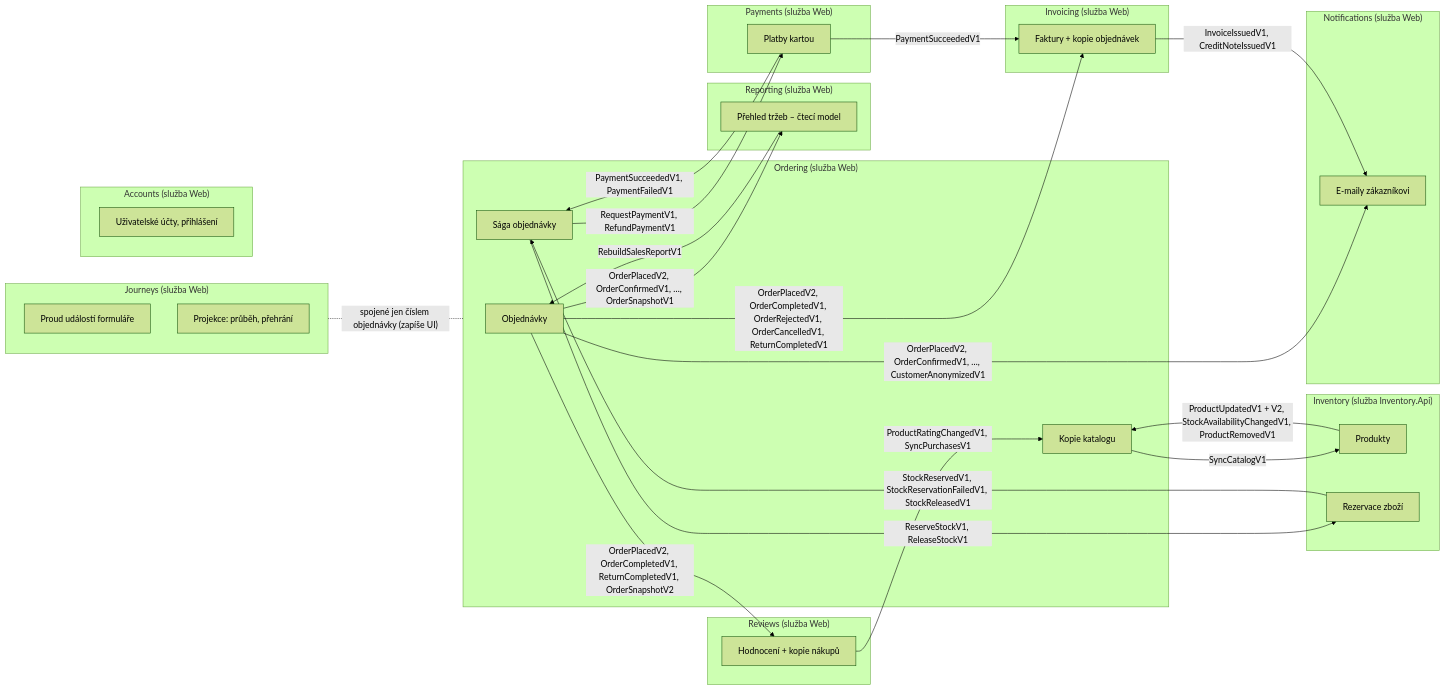
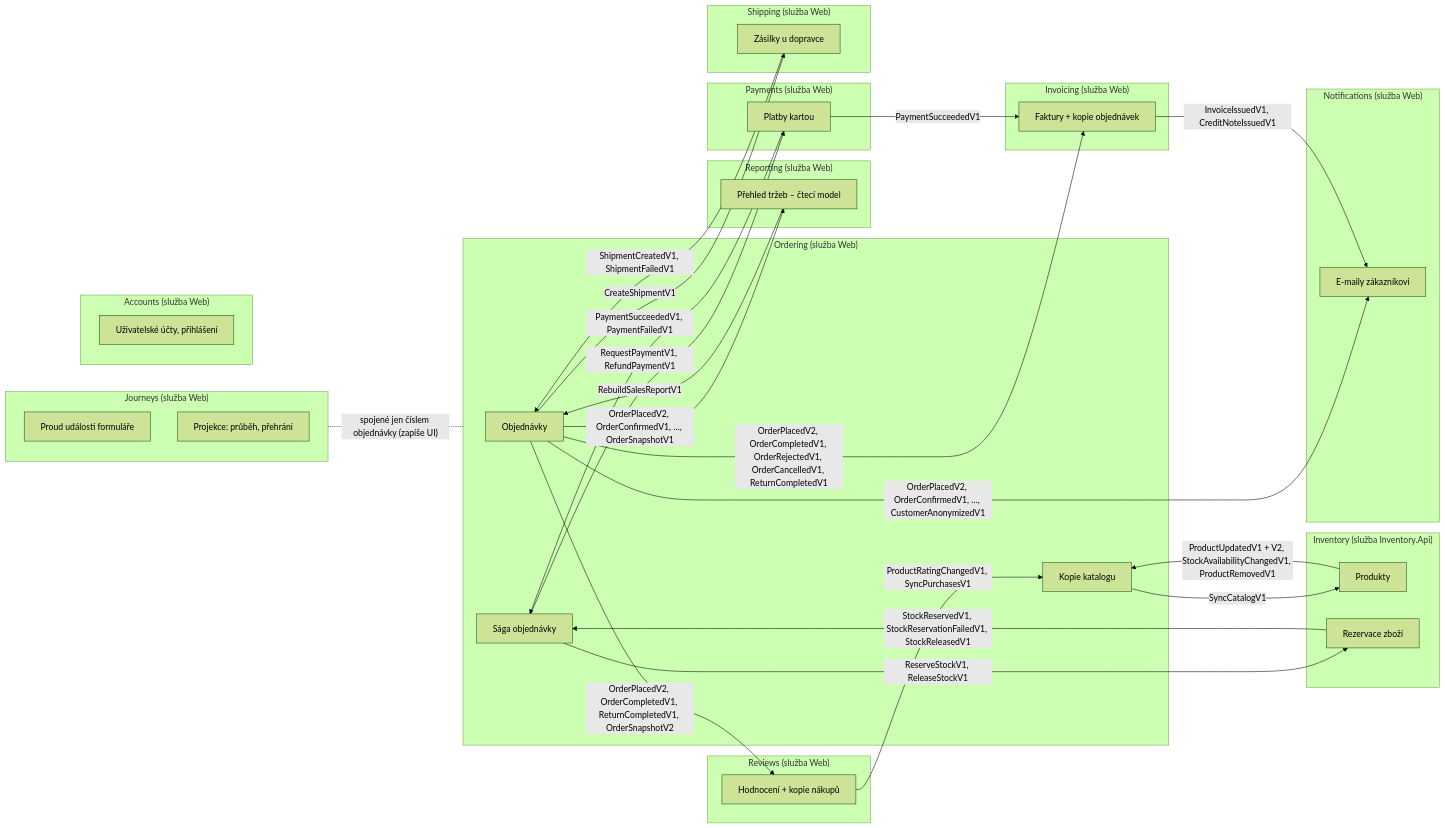
The diagram in docs/prirucka/architektura/moduly/index.md (ftichy/MiniShop), drawn with Mermaid (forest theme) before and after one commit. The commit also changed other lines of this file and 72 other files, not shown here.

````diff
--- a/docs/prirucka/architektura/moduly/index.md
+++ b/docs/prirucka/architektura/moduly/index.md
@@ -12,65 +12,71 @@
 ```mermaid
 flowchart LR
     subgraph ord["Ordering (služba Web)"]
         o1[Objednávky]
         o2[Sága objednávky]
         o3[Kopie katalogu]
     end
     subgraph inv["Inventory (služba Inventory.Api)"]
         i1[Produkty]
         i2[Rezervace zboží]
     end
     subgraph jou["Journeys (služba Web)"]
         j1[Proud událostí formuláře]
         j2[Projekce: průběh, přehrání]
     end
 
     o2 -->|"ReserveStockV1, ReleaseStockV1"| i2
     i2 -->|"StockReservedV1, StockReservationFailedV1, StockReleasedV1"| o2
     i1 -->|"ProductUpdatedV1 + V2, StockAvailabilityChangedV1, ProductRemovedV1"| o3
     o3 -->|SyncCatalogV1| i1
     subgraph acc["Accounts (služba Web)"]
         a1[Uživatelské účty, přihlášení]
     end
     subgraph ntf["Notifications (služba Web)"]
         n1[E-maily zákazníkovi]
     end
     subgraph pay["Payments (služba Web)"]
         p1[Platby kartou]
     end
     o2 -->|"RequestPaymentV1, RefundPaymentV1"| p1
     p1 -->|"PaymentSucceededV1, PaymentFailedV1"| o2
     o1 -->|"OrderPlacedV2, OrderConfirmedV1, …, CustomerAnonymizedV1"| n1
     subgraph rep["Reporting (služba Web)"]
         r1[Přehled tržeb – čtecí model]
     end
     o1 -->|"OrderPlacedV2, OrderConfirmedV1, …, OrderSnapshotV1"| r1
     r1 -->|RebuildSalesReportV1| o1
     subgraph rev["Reviews (služba Web)"]
         v1[Hodnocení + kopie nákupů]
     end
     o1 -->|"OrderPlacedV2, OrderCompletedV1, ReturnCompletedV1, OrderSnapshotV2"| v1
     v1 -->|"ProductRatingChangedV1, SyncPurchasesV1"| o3
     subgraph fak["Invoicing (služba Web)"]
         f1[Faktury + kopie objednávek]
     end
     o1 -->|"OrderPlacedV2, OrderCompletedV1, OrderRejectedV1, OrderCancelledV1, ReturnCompletedV1"| f1
     p1 -->|PaymentSucceededV1| f1
     f1 -->|"InvoiceIssuedV1, CreditNoteIssuedV1"| n1
+    subgraph shp["Shipping (služba Web)"]
+        s1[Zásilky u dopravce]
+    end
+    o1 -->|CreateShipmentV1| s1
+    s1 -->|"ShipmentCreatedV1, ShipmentFailedV1"| o1
 
     jou -.-|"spojené jen číslem objednávky (zapíše UI)"| ord
 
     click o2 "/Docs/eda/saga"
     click o3 "/Docs/eda/kopie-katalogu"
     click j1 "/Docs/eda/proud-udalosti"
     click o1 "/Docs/architektura/moduly/ordering"
     click i1 "/Docs/architektura/moduly/inventory"
     click i2 "/Docs/architektura/moduly/inventory"
     click j2 "/Docs/architektura/moduly/journeys"
     click a1 "/Docs/architektura/moduly/accounts"
     click n1 "/Docs/architektura/moduly/notifications"
     click p1 "/Docs/architektura/moduly/payments"
     click r1 "/Docs/architektura/moduly/reporting"
     click v1 "/Docs/architektura/moduly/reviews"
     click f1 "/Docs/architektura/moduly/invoicing"
+    click s1 "/Docs/architektura/moduly/shipping"
 ```
````
